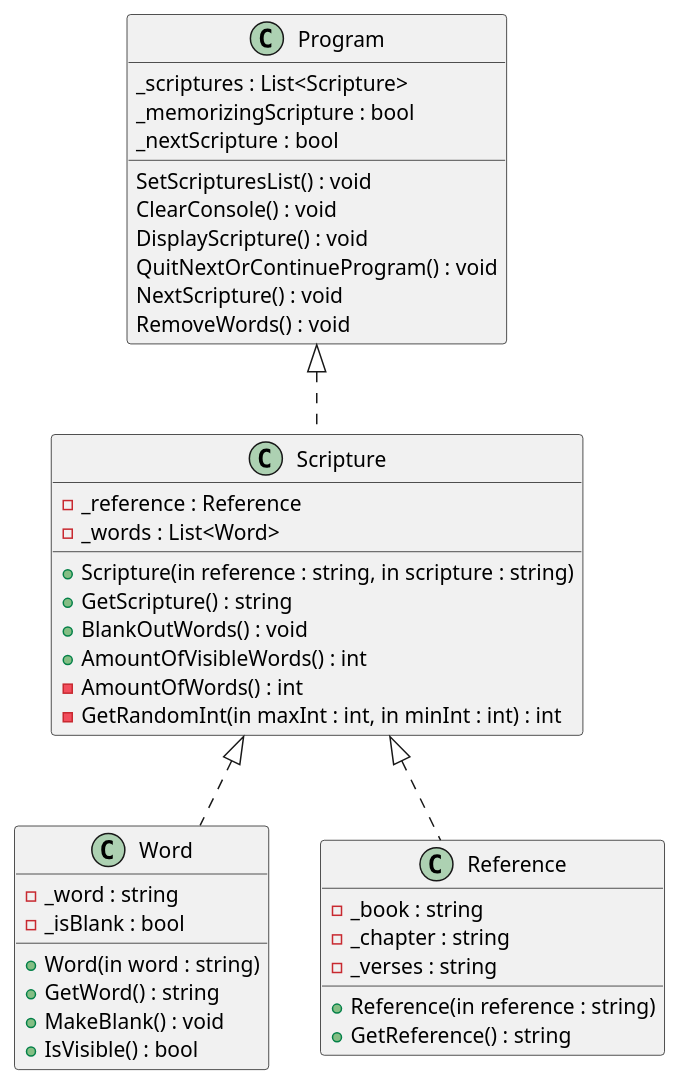
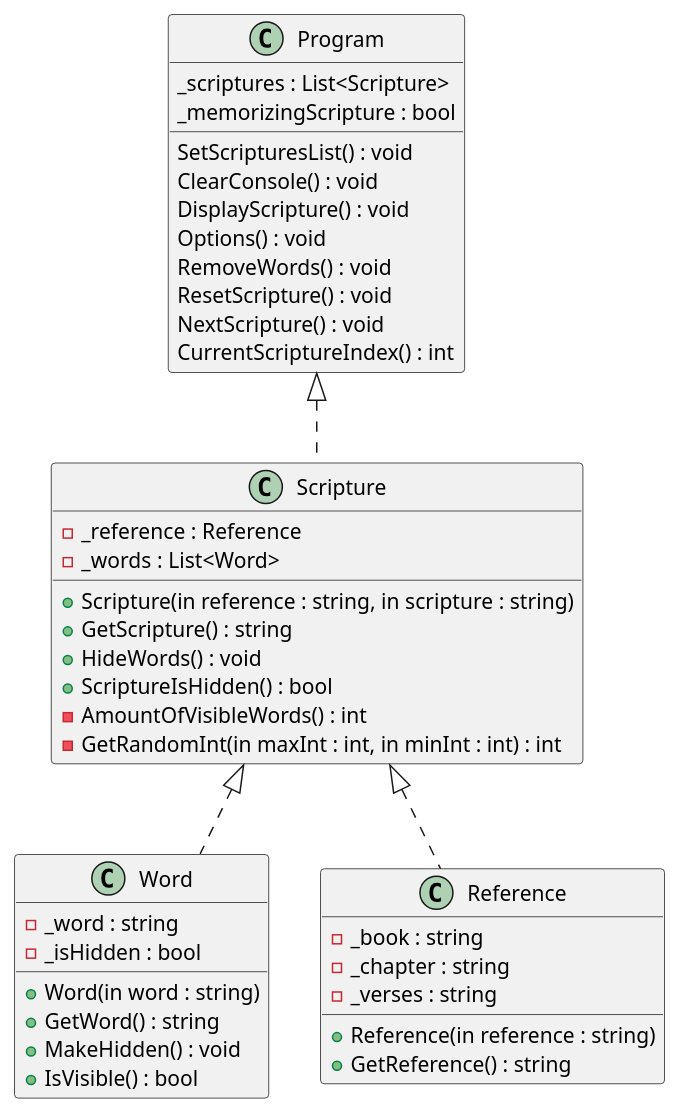
One commit to joshwmerrell/cse210-projects changed the diagram in prove/Develop03/design.puml. Above: the diagram before and after it, drawn with PlantUML. The commit also changed 4 other files, not shown here.

```diff
--- a/prove/Develop03/design.puml
+++ b/prove/Develop03/design.puml
@@ -1,51 +1,52 @@
 @startuml design
 
 class Program
 {
     _scriptures : List<Scripture>
     _memorizingScripture : bool
-    _nextScripture : bool
     SetScripturesList() : void
     ClearConsole() : void
     DisplayScripture() : void
-    QuitNextOrContinueProgram() : void
+    Options() : void
+    RemoveWords() : void
+    ResetScripture() : void
     NextScripture() : void
-    RemoveWords() : void
+    CurrentScriptureIndex() : int
 }
 
 class Scripture
 {
     -_reference : Reference
     -_words : List<Word>
     +Scripture(in reference : string, in scripture : string)
     +GetScripture() : string
-    +BlankOutWords() : void
-    +AmountOfVisibleWords() : int
-    -AmountOfWords() : int
+    +HideWords() : void
+    +ScriptureIsHidden() : bool
+    -AmountOfVisibleWords() : int
     -GetRandomInt(in maxInt : int, in minInt : int) : int
 }
 
 class Word
 {
     -_word : string
-    -_isBlank : bool
+    -_isHidden : bool
     +Word(in word : string)
     +GetWord() : string
-    +MakeBlank() : void
+    +MakeHidden() : void
     +IsVisible() : bool
 }
 
 class Reference
 {
     -_book : string
     -_chapter : string
     -_verses : string
     +Reference(in reference : string)
     +GetReference() : string
 }
 
 Program <|.. Scripture
 Scripture <|.. Reference
 Scripture <|.. Word
 
 @enduml
```
